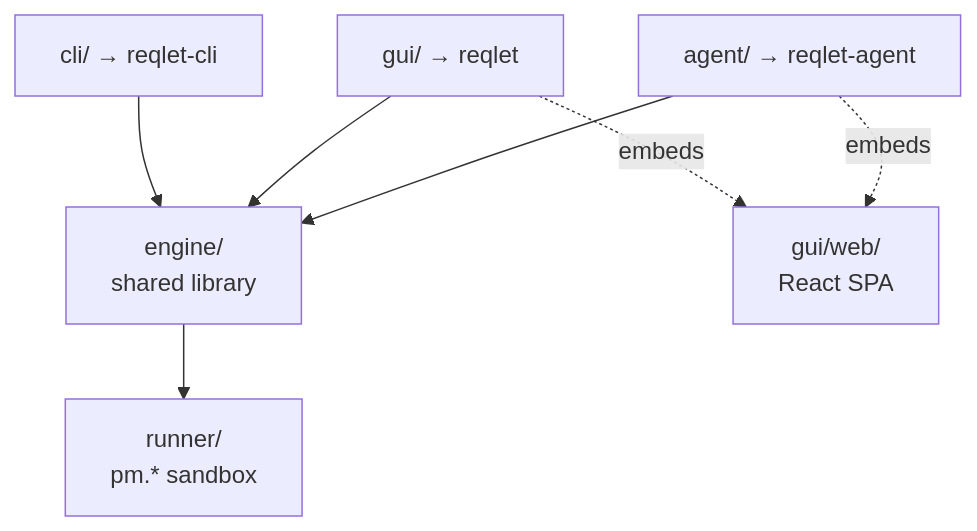
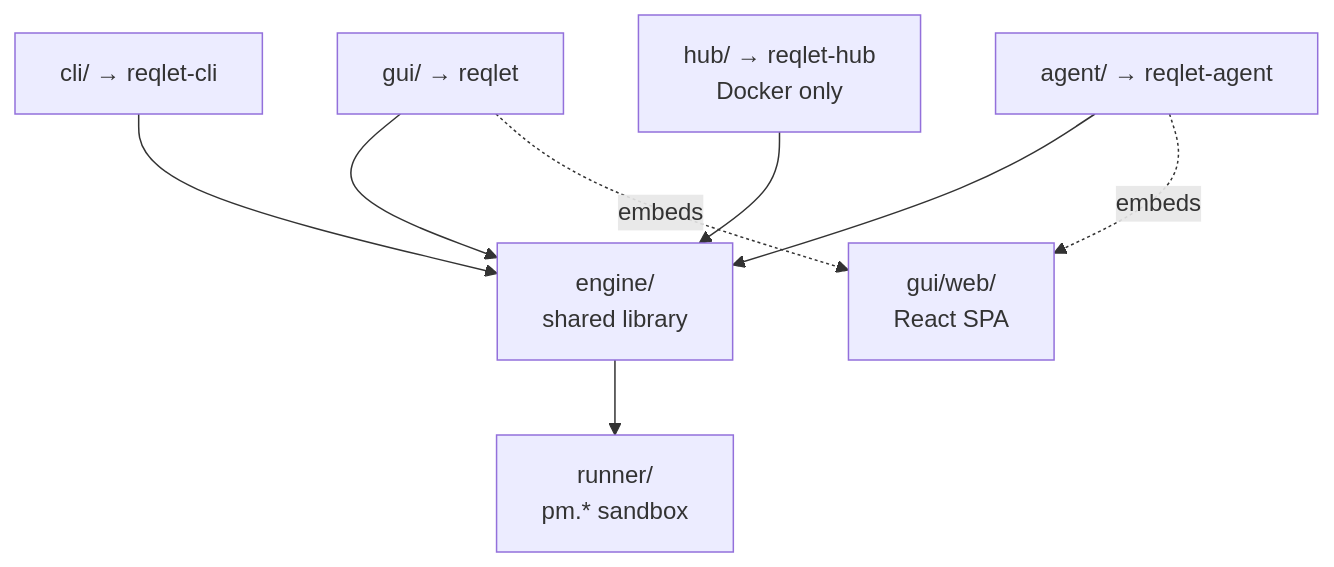
One commit to guillaumedelre/reqlet changed the first of 3 diagrams in docs/architecture.md. Above: the diagram before and after it, drawn with Mermaid. The commit also changed other lines of this file and 1 other file, not shown here.

First line of the commit message:
docs: add hub targets to Makefile and architecture docs

````diff
--- a/docs/architecture.md
+++ b/docs/architecture.md
@@ -16,19 +17,22 @@
 ```mermaid
 graph TD
     Engine["engine/
     shared library"]
     CLI["cli/ → reqlet-cli"]
     GUI["gui/ → reqlet"]
     Agent["agent/ → reqlet-agent"]
+    Hub["hub/ → reqlet-hub
+    Docker only"]
     Runner["runner/
     pm.* sandbox"]
     WebUI["gui/web/
     React SPA"]
 
     CLI --> Engine
     GUI --> Engine
     Agent --> Engine
+    Hub --> Engine
     Engine --> Runner
     GUI -. embeds .-> WebUI
     Agent -. embeds .-> WebUI
 ```
````
